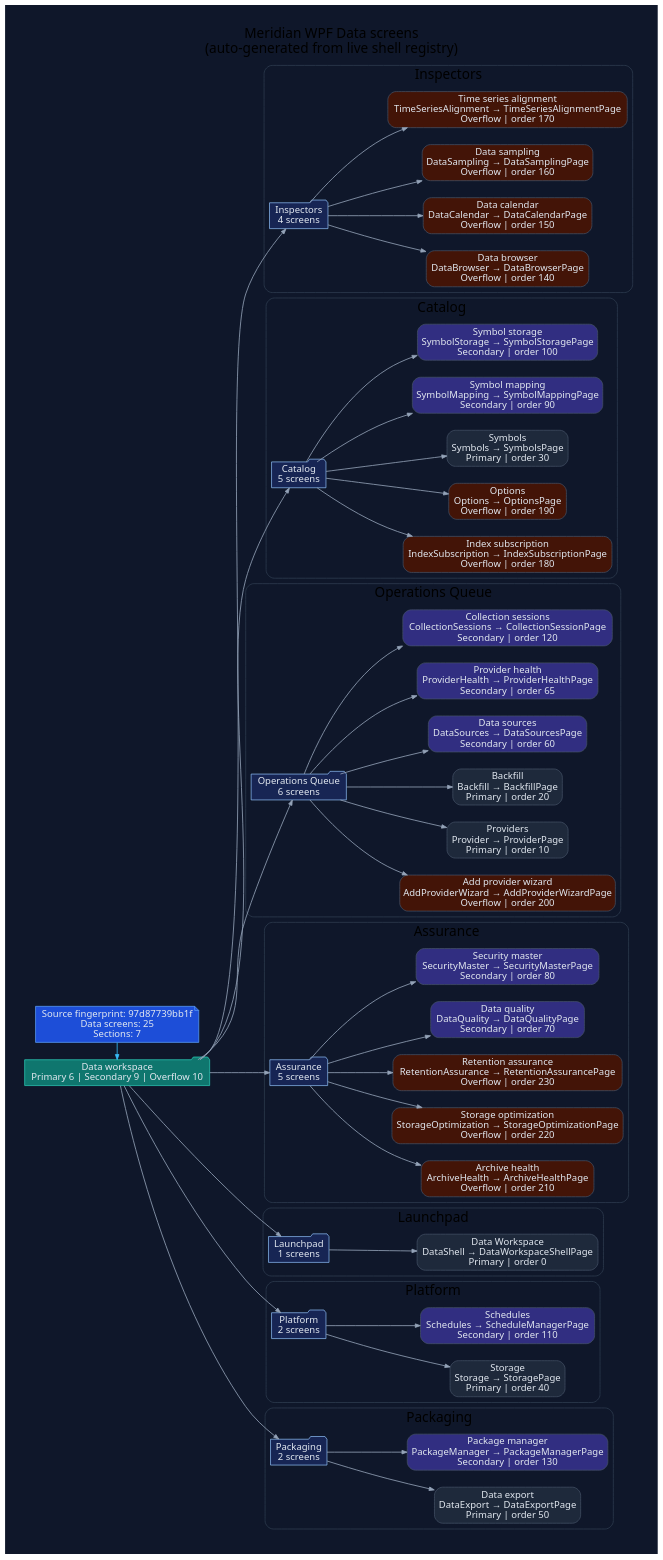
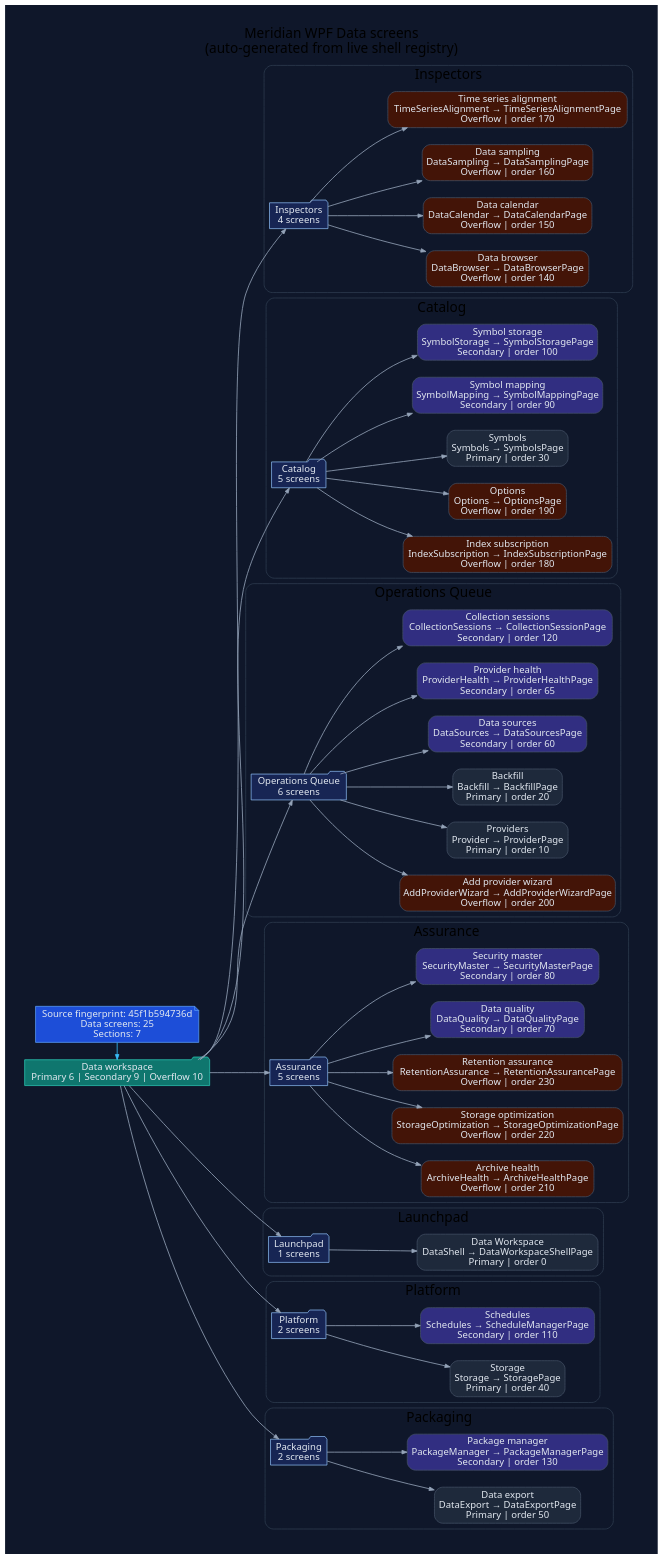
The diagram in docs/diagrams/ui/ui-wpf-screens-data.dot (rodoHasArrived/Meridian-main), drawn with Graphviz before and after one commit. The commit also changed 43 other files, not shown here.

First line of the commit message:
docs(diagrams): regenerate for the WPF source fingerprint

```diff
--- a/docs/diagrams/ui/ui-wpf-screens-data.dot
+++ b/docs/diagrams/ui/ui-wpf-screens-data.dot
@@ -1,132 +1,132 @@
 // -----------------------------------------------------------------------------
 // <auto-generated>
 // Generated by scripts/generate-diagrams.mjs.
 // Do not edit this file directly; update the WPF source files instead.
 // -----------------------------------------------------------------------------
 digraph WpfDataScreens {
   graph [
     rankdir=LR,
     labelloc=t,
     label="Meridian WPF Data screens\n(auto-generated from live shell registry)",
     fontname="Segoe UI",
     fontsize=20,
     pad=0.4,
     nodesep=0.35,
     ranksep=0.85,
     bgcolor="#0f172a"
   ];
   node [fontname="Segoe UI", shape=box, style="rounded,filled", color="#475569", fontcolor="#e2e8f0", fillcolor="#1e293b"];
   edge [fontname="Segoe UI", color="#94a3b8", penwidth=1.2, arrowsize=0.75];
 
-  generated [shape=note, fillcolor="#1d4ed8", color="#60a5fa", label="Source fingerprint: 97d87739bb1f\nData screens: 25\nSections: 7"];
+  generated [shape=note, fillcolor="#1d4ed8", color="#60a5fa", label="Source fingerprint: 45f1b594736d\nData screens: 25\nSections: 7"];
   workspace [shape=folder, fillcolor="#0f766e", color="#2dd4bf", label="Data workspace\nPrimary 6 | Secondary 9 | Overflow 10"];
   generated -> workspace [color="#38bdf8"];
 
   subgraph cluster_section_1 {
     label="Inspectors";
     color="#334155";
     style="rounded";
     section_1 [shape=folder, fillcolor="#172554", color="#93c5fd", label="Inspectors\n4 screens"];
     workspace -> section_1;
     screen_DataBrowser [fillcolor="#431407", label="Data browser\nDataBrowser → DataBrowserPage\nOverflow | order 140"];
     section_1 -> screen_DataBrowser;
     screen_DataCalendar [fillcolor="#431407", label="Data calendar\nDataCalendar → DataCalendarPage\nOverflow | order 150"];
     section_1 -> screen_DataCalendar;
     screen_DataSampling [fillcolor="#431407", label="Data sampling\nDataSampling → DataSamplingPage\nOverflow | order 160"];
     section_1 -> screen_DataSampling;
     screen_TimeSeriesAlignment [fillcolor="#431407", label="Time series alignment\nTimeSeriesAlignment → TimeSeriesAlignmentPage\nOverflow | order 170"];
     section_1 -> screen_TimeSeriesAlignment;
   }
 
   subgraph cluster_section_2 {
     label="Catalog";
     color="#334155";
     style="rounded";
     section_2 [shape=folder, fillcolor="#172554", color="#93c5fd", label="Catalog\n5 screens"];
     workspace -> section_2;
     screen_IndexSubscription [fillcolor="#431407", label="Index subscription\nIndexSubscription → IndexSubscriptionPage\nOverflow | order 180"];
     section_2 -> screen_IndexSubscription;
     screen_Options [fillcolor="#431407", label="Options\nOptions → OptionsPage\nOverflow | order 190"];
     section_2 -> screen_Options;
     screen_Symbols [fillcolor="#1e293b", label="Symbols\nSymbols → SymbolsPage\nPrimary | order 30"];
     section_2 -> screen_Symbols;
     screen_SymbolMapping [fillcolor="#312e81", label="Symbol mapping\nSymbolMapping → SymbolMappingPage\nSecondary | order 90"];
     section_2 -> screen_SymbolMapping;
     screen_SymbolStorage [fillcolor="#312e81", label="Symbol storage\nSymbolStorage → SymbolStoragePage\nSecondary | order 100"];
     section_2 -> screen_SymbolStorage;
   }
 
   subgraph cluster_section_3 {
     label="Operations Queue";
     color="#334155";
     style="rounded";
     section_3 [shape=folder, fillcolor="#172554", color="#93c5fd", label="Operations Queue\n6 screens"];
     workspace -> section_3;
     screen_AddProviderWizard [fillcolor="#431407", label="Add provider wizard\nAddProviderWizard → AddProviderWizardPage\nOverflow | order 200"];
     section_3 -> screen_AddProviderWizard;
     screen_Provider [fillcolor="#1e293b", label="Providers\nProvider → ProviderPage\nPrimary | order 10"];
     section_3 -> screen_Provider;
     screen_Backfill [fillcolor="#1e293b", label="Backfill\nBackfill → BackfillPage\nPrimary | order 20"];
     section_3 -> screen_Backfill;
     screen_DataSources [fillcolor="#312e81", label="Data sources\nDataSources → DataSourcesPage\nSecondary | order 60"];
     section_3 -> screen_DataSources;
     screen_ProviderHealth [fillcolor="#312e81", label="Provider health\nProviderHealth → ProviderHealthPage\nSecondary | order 65"];
     section_3 -> screen_ProviderHealth;
     screen_CollectionSessions [fillcolor="#312e81", label="Collection sessions\nCollectionSessions → CollectionSessionPage\nSecondary | order 120"];
     section_3 -> screen_CollectionSessions;
   }
 
   subgraph cluster_section_4 {
     label="Assurance";
     color="#334155";
     style="rounded";
     section_4 [shape=folder, fillcolor="#172554", color="#93c5fd", label="Assurance\n5 screens"];
     workspace -> section_4;
     screen_ArchiveHealth [fillcolor="#431407", label="Archive health\nArchiveHealth → ArchiveHealthPage\nOverflow | order 210"];
     section_4 -> screen_ArchiveHealth;
     screen_StorageOptimization [fillcolor="#431407", label="Storage optimization\nStorageOptimization → StorageOptimizationPage\nOverflow | order 220"];
     section_4 -> screen_StorageOptimization;
     screen_RetentionAssurance [fillcolor="#431407", label="Retention assurance\nRetentionAssurance → RetentionAssurancePage\nOverflow | order 230"];
     section_4 -> screen_RetentionAssurance;
     screen_DataQuality [fillcolor="#312e81", label="Data quality\nDataQuality → DataQualityPage\nSecondary | order 70"];
     section_4 -> screen_DataQuality;
     screen_SecurityMaster [fillcolor="#312e81", label="Security master\nSecurityMaster → SecurityMasterPage\nSecondary | order 80"];
     section_4 -> screen_SecurityMaster;
   }
 
   subgraph cluster_section_5 {
     label="Launchpad";
     color="#334155";
     style="rounded";
     section_5 [shape=folder, fillcolor="#172554", color="#93c5fd", label="Launchpad\n1 screens"];
     workspace -> section_5;
     screen_DataShell [fillcolor="#1e293b", label="Data Workspace\nDataShell → DataWorkspaceShellPage\nPrimary | order 0"];
     section_5 -> screen_DataShell;
   }
 
   subgraph cluster_section_6 {
     label="Platform";
     color="#334155";
     style="rounded";
     section_6 [shape=folder, fillcolor="#172554", color="#93c5fd", label="Platform\n2 screens"];
     workspace -> section_6;
     screen_Storage [fillcolor="#1e293b", label="Storage\nStorage → StoragePage\nPrimary | order 40"];
     section_6 -> screen_Storage;
     screen_Schedules [fillcolor="#312e81", label="Schedules\nSchedules → ScheduleManagerPage\nSecondary | order 110"];
     section_6 -> screen_Schedules;
   }
 
   subgraph cluster_section_7 {
     label="Packaging";
     color="#334155";
     style="rounded";
     section_7 [shape=folder, fillcolor="#172554", color="#93c5fd", label="Packaging\n2 screens"];
     workspace -> section_7;
     screen_DataExport [fillcolor="#1e293b", label="Data export\nDataExport → DataExportPage\nPrimary | order 50"];
     section_7 -> screen_DataExport;
     screen_PackageManager [fillcolor="#312e81", label="Package manager\nPackageManager → PackageManagerPage\nSecondary | order 130"];
     section_7 -> screen_PackageManager;
   }
 
   { rank=min; generated; workspace; }
 }
```
